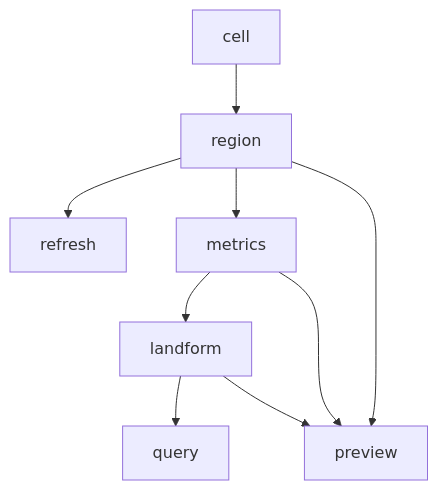
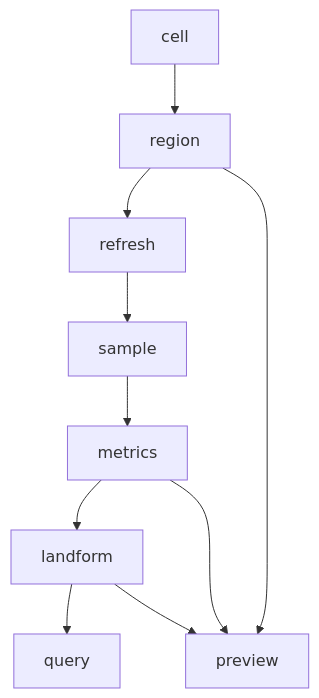
One commit to RinsingEL/designer_territoryMod changed the diagram in docs/systems/gis/30_code_guide/代码导览.md. Above: the diagram before and after it, drawn with Mermaid. The commit also changed other lines of this file and 18 other files, not shown here.

````diff
--- a/docs/systems/gis/30_code_guide/代码导览.md
+++ b/docs/systems/gis/30_code_guide/代码导览.md
@@ -53,11 +57,12 @@
 ```mermaid
 flowchart TD
   A["cell"] --> B["region"]
   B --> C["refresh"]
-  B --> D["metrics"]
+  C --> S["sample"]
+  S --> D["metrics"]
   D --> E["landform"]
   E --> F["query"]
   B --> G["preview"]
   D --> G
   E --> G
 ```
````
